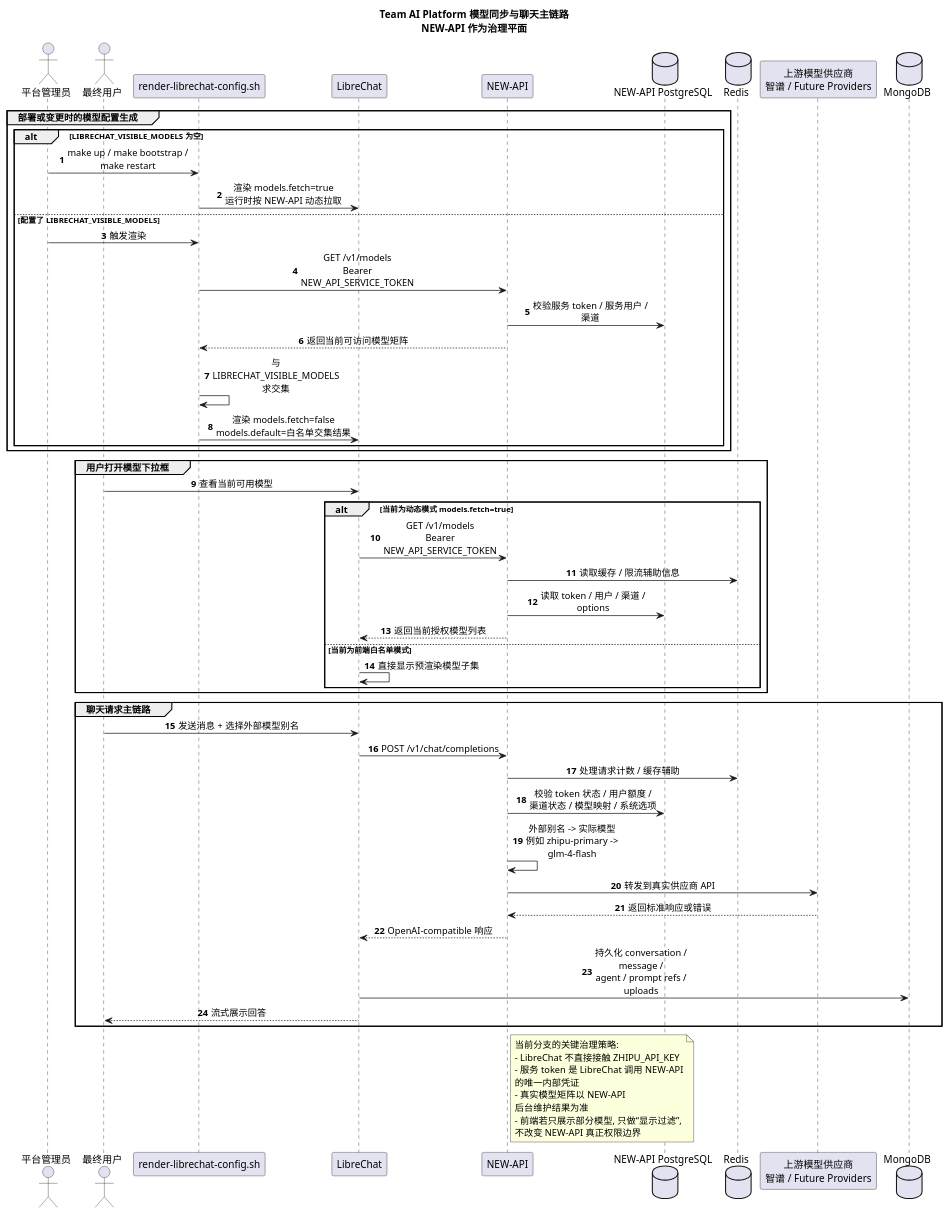
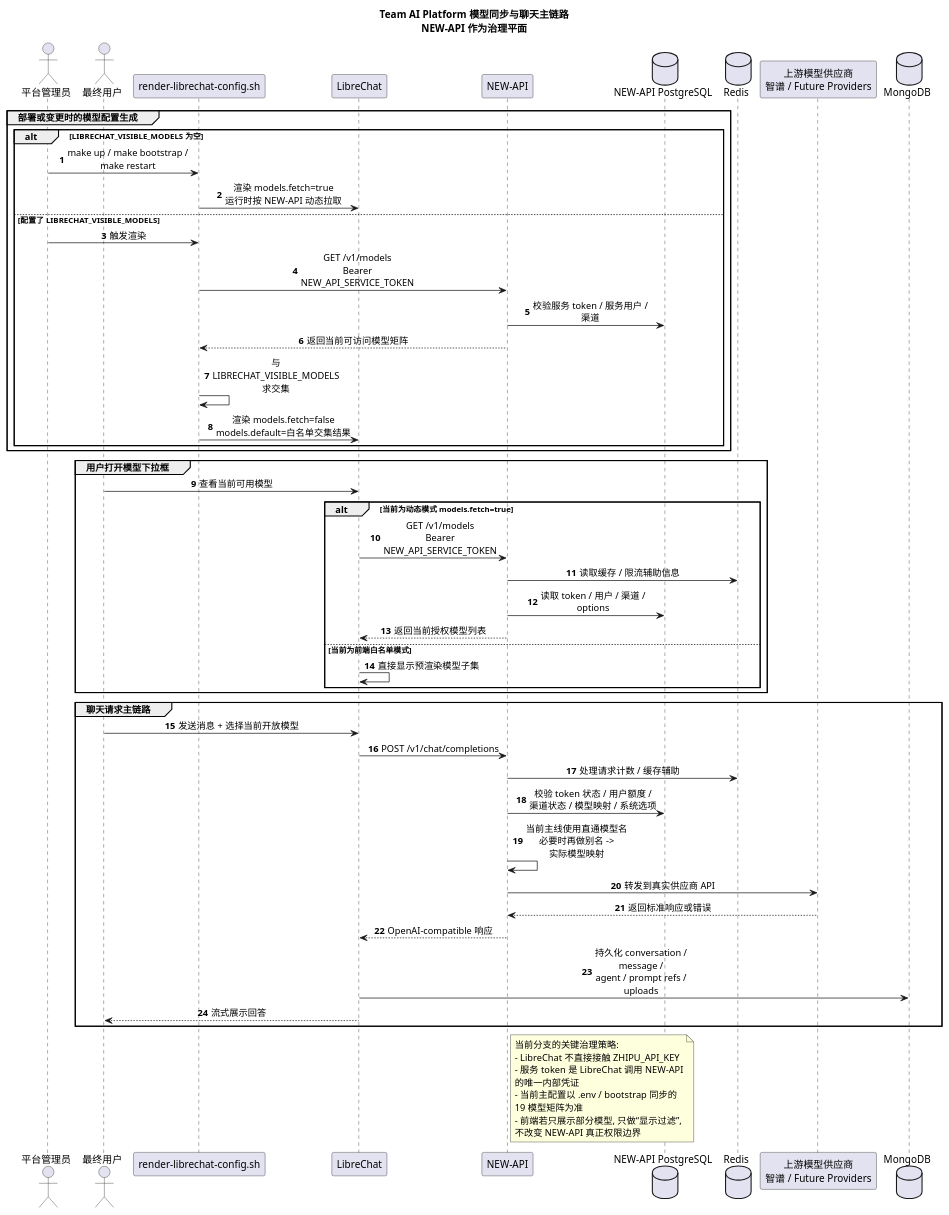
One commit to liguiqi/Team-AI-Platform changed the diagram in docs/architecture/puml/20260422_162931_model_sync_and_chat_main_flow.puml. Above: the diagram before and after it, drawn with PlantUML. The commit also changed 34 other files, not shown here.

First line of the commit message:
feat: stabilize auth flow and refresh docs

```diff
--- a/docs/architecture/puml/20260422_162931_model_sync_and_chat_main_flow.puml
+++ b/docs/architecture/puml/20260422_162931_model_sync_and_chat_main_flow.puml
@@ -1,67 +1,67 @@
 @startuml
 title Team AI Platform 模型同步与聊天主链路\nNEW-API 作为治理平面
 
 autonumber
 skinparam shadowing false
 skinparam sequenceMessageAlign center
 skinparam wrapWidth 240
 skinparam maxMessageSize 180
 
 actor "平台管理员" as Admin
 actor "最终用户" as User
 participant "render-librechat-config.sh" as RenderLibre
 participant "LibreChat" as Libre
 participant "NEW-API" as NewAPI
 database "NEW-API PostgreSQL" as PG
 database "Redis" as Redis
 participant "上游模型供应商\n智谱 / Future Providers" as LLM
 database "MongoDB" as Mongo
 
 group 部署或变更时的模型配置生成
   alt LIBRECHAT_VISIBLE_MODELS 为空
     Admin -> RenderLibre : make up / make bootstrap / make restart
     RenderLibre -> Libre : 渲染 models.fetch=true\n运行时按 NEW-API 动态拉取
   else 配置了 LIBRECHAT_VISIBLE_MODELS
     Admin -> RenderLibre : 触发渲染
     RenderLibre -> NewAPI : GET /v1/models\nBearer NEW_API_SERVICE_TOKEN
     NewAPI -> PG : 校验服务 token / 服务用户 / 渠道
     NewAPI --> RenderLibre : 返回当前可访问模型矩阵
     RenderLibre -> RenderLibre : 与 LIBRECHAT_VISIBLE_MODELS 求交集
     RenderLibre -> Libre : 渲染 models.fetch=false\nmodels.default=白名单交集结果
   end
 end
 
 group 用户打开模型下拉框
   User -> Libre : 查看当前可用模型
   alt 当前为动态模式 models.fetch=true
     Libre -> NewAPI : GET /v1/models\nBearer NEW_API_SERVICE_TOKEN
     NewAPI -> Redis : 读取缓存 / 限流辅助信息
     NewAPI -> PG : 读取 token / 用户 / 渠道 / options
     NewAPI --> Libre : 返回当前授权模型列表
   else 当前为前端白名单模式
     Libre -> Libre : 直接显示预渲染模型子集
   end
 end
 
 group 聊天请求主链路
-  User -> Libre : 发送消息 + 选择外部模型别名
+  User -> Libre : 发送消息 + 选择当前开放模型
   Libre -> NewAPI : POST /v1/chat/completions
   NewAPI -> Redis : 处理请求计数 / 缓存辅助
   NewAPI -> PG : 校验 token 状态 / 用户额度 /\n渠道状态 / 模型映射 / 系统选项
-  NewAPI -> NewAPI : 外部别名 -> 实际模型\n例如 zhipu-primary -> glm-4-flash
+  NewAPI -> NewAPI : 当前主线使用直通模型名\n必要时再做别名 -> 实际模型映射
   NewAPI -> LLM : 转发到真实供应商 API
   LLM --> NewAPI : 返回标准响应或错误
   NewAPI --> Libre : OpenAI-compatible 响应
   Libre -> Mongo : 持久化 conversation / message /\nagent / prompt refs / uploads
   Libre --> User : 流式展示回答
 end
 
 note right of NewAPI
 当前分支的关键治理策略:
 - LibreChat 不直接接触 ZHIPU_API_KEY
 - 服务 token 是 LibreChat 调用 NEW-API 的唯一内部凭证
-- 真实模型矩阵以 NEW-API 后台维护结果为准
+- 当前主配置以 .env / bootstrap 同步的 19 模型矩阵为准
 - 前端若只展示部分模型, 只做“显示过滤”, 不改变 NEW-API 真正权限边界
 end note
 
 @enduml
```
